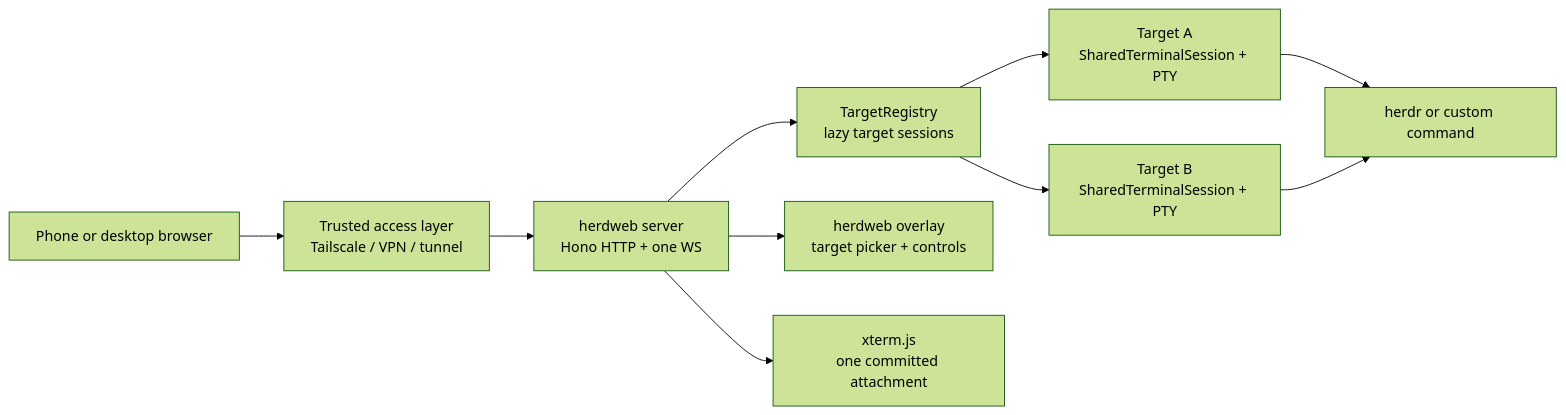
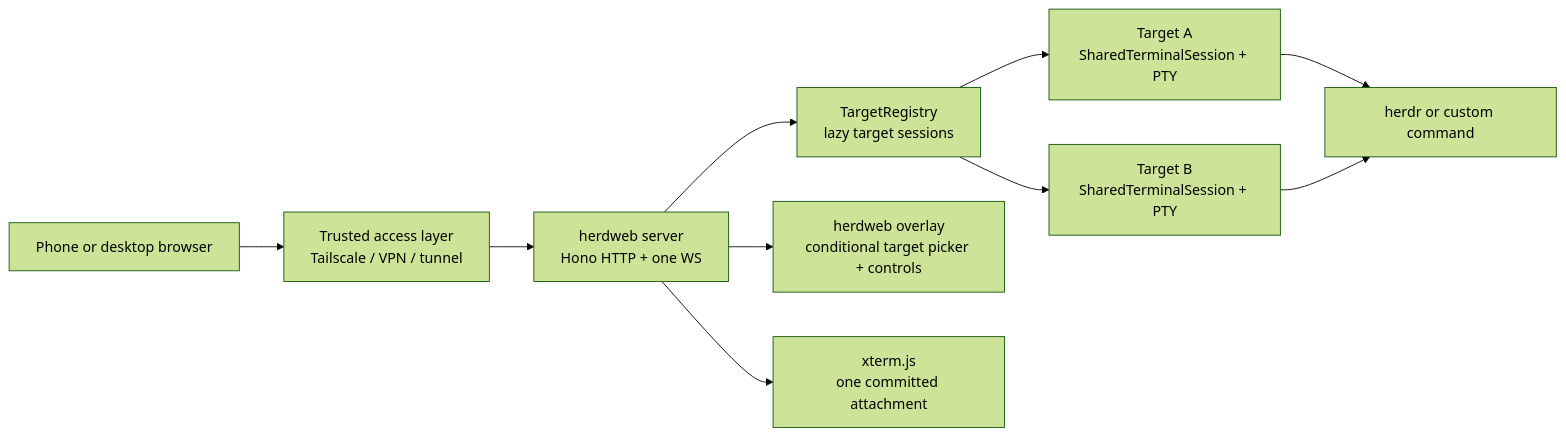
The first of 2 diagrams in docs/architecture/how-herdweb-works.md (zlxlabs/herdweb), drawn with Mermaid (forest theme) before and after one commit. The commit also changed other lines of this file and 7 other files, not shown here.

````diff
--- a/docs/architecture/how-herdweb-works.md
+++ b/docs/architecture/how-herdweb-works.md
@@ -11,21 +11,21 @@
 ```mermaid
 flowchart LR
     Phone[Phone or desktop browser]
     Tunnel[Trusted access layer<br/>Tailscale / VPN / tunnel]
     Server[herdweb server<br/>Hono HTTP + one WS]
     Registry[TargetRegistry<br/>lazy target sessions]
     A[Target A<br/>SharedTerminalSession + PTY]
     B[Target B<br/>SharedTerminalSession + PTY]
     Cmd[herdr or custom command]
-    Overlay[herdweb overlay<br/>target picker + controls]
+    Overlay[herdweb overlay<br/>conditional target picker + controls]
     Xterm[xterm.js<br/>one committed attachment]
 
     Phone --> Tunnel --> Server
     Server --> Overlay
     Server --> Xterm
     Server --> Registry
     Registry --> A
     Registry --> B
     A --> Cmd
     B --> Cmd
 ```
````
